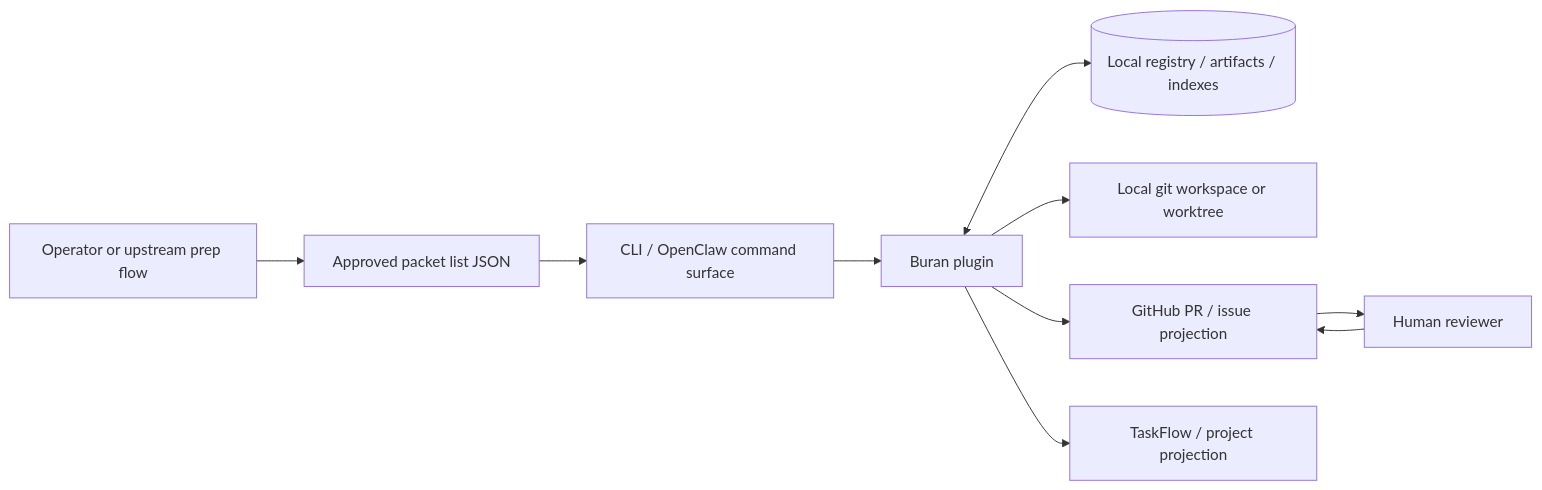
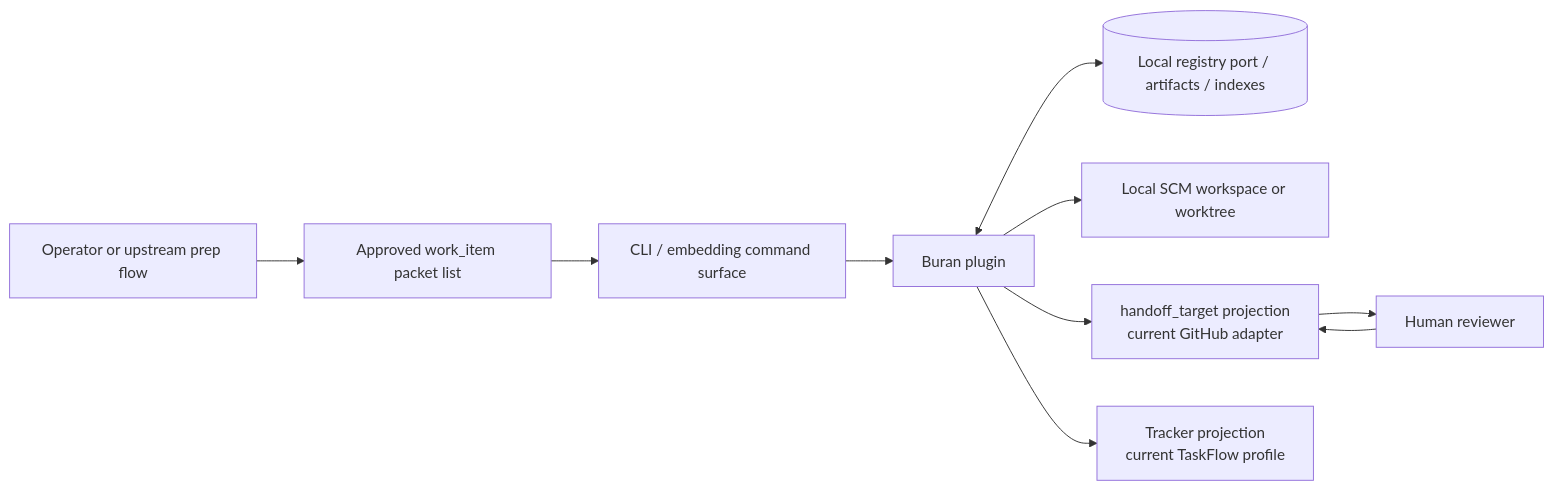
Before and after one commit to MrFlashAccount/Buran: the diagram in docs/context-map.md, drawn with Mermaid. The commit also changed other lines of this file and 134 other files, not shown here.

````diff
--- a/docs/context-map.md
+++ b/docs/context-map.md
@@ -7,20 +7,22 @@
 ```mermaid
 flowchart LR
   Operator[Operator or upstream prep flow]
-  Packets[Approved packet list JSON]
-  CLI[CLI / OpenClaw command surface]
+  Packets[Approved work_item packet list]
+  CLI[CLI / embedding command surface]
   Buran[Buran plugin]
-  Registry[(Local registry / artifacts / indexes)]
-  GitWorkspace[Local git workspace or worktree]
+  Registry[(Local registry port / artifacts / indexes)]
+  GitWorkspace[Local SCM workspace or worktree]
   Reviewer[Human reviewer]
-  GitHub[GitHub PR / issue projection]
-  TaskFlow[TaskFlow / project projection]
+  Handoff[handoff_target projection
+current GitHub adapter]
+  Tracker[Tracker projection
+current TaskFlow profile]
 
   Operator --> Packets --> CLI --> Buran
   Buran <--> Registry
   Buran --> GitWorkspace
-  Buran --> GitHub
-  Buran --> TaskFlow
-  GitHub --> Reviewer
-  Reviewer --> GitHub
+  Buran --> Handoff
+  Buran --> Tracker
+  Handoff --> Reviewer
+  Reviewer --> Handoff
 ```
````
